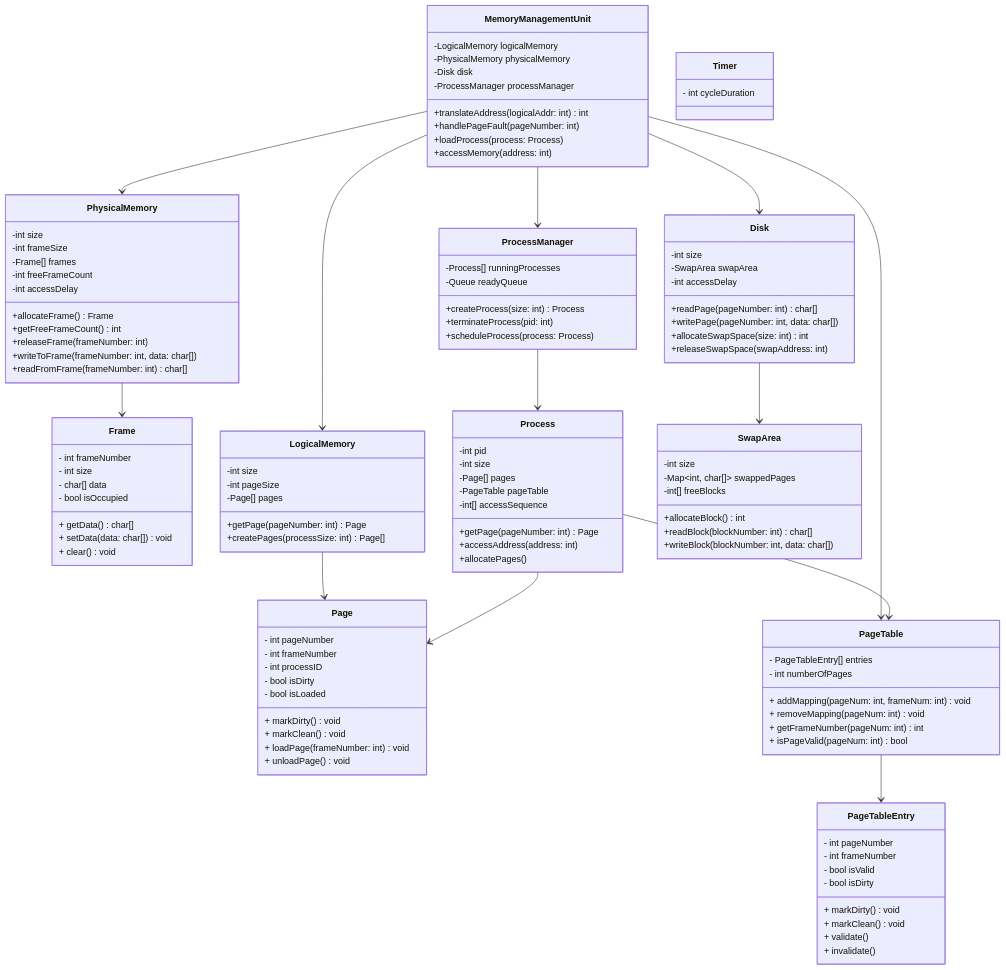
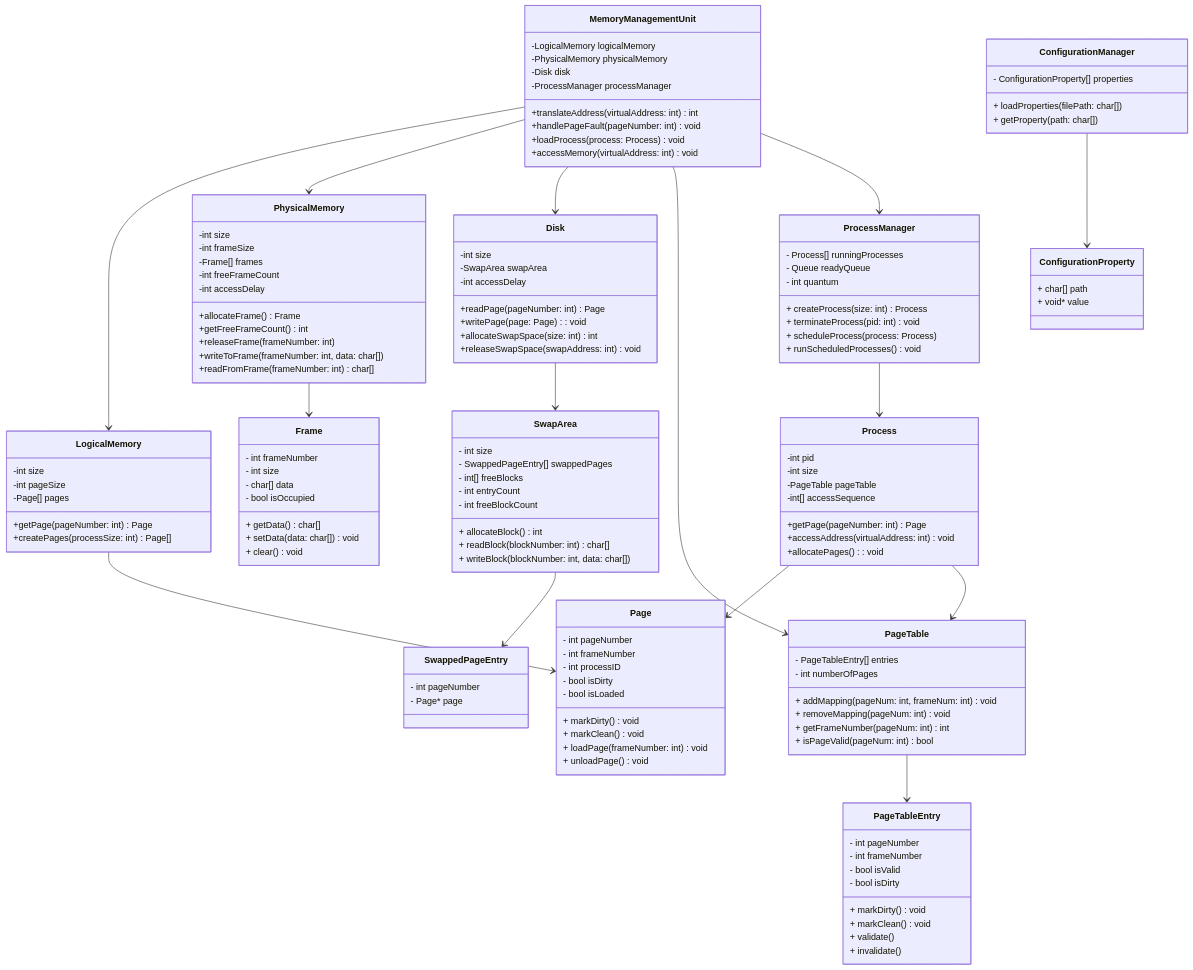
One commit to ImGabreuw/operating-system-paging-simulation changed the diagram in docs/README.md. Above: the diagram before and after it, drawn with Mermaid. The commit also changed other lines of this file, not shown here.

Commit message:
docs: add simulator parameters configuration logic and process and hardware logic

````diff
--- a/docs/README.md
+++ b/docs/README.md
@@ -27,23 +27,23 @@
    }
 
    class PageTable {
-      - PageTableEntry[] entries  
-      - int numberOfPages        
+      - PageTableEntry[] entries
+      - int numberOfPages
       + addMapping(pageNum: int, frameNum: int) void
       + removeMapping(pageNum: int) void
-      + getFrameNumber(pageNum: int) int       
-      + isPageValid(pageNum: int) bool         
+      + getFrameNumber(pageNum: int) int
+      + isPageValid(pageNum: int) bool
    }
 
    class PageTableEntry {
       - int pageNumber
-      - int frameNumber      
-      - bool isValid         
-      - bool isDirty         
+      - int frameNumber
+      - bool isValid
+      - bool isDirty
       + markDirty() void
       + markClean() void
-      + validate()         
-      + invalidate()         
+      + validate()
+      + invalidate()
    }
 
    class MemoryManagementUnit {
@@ -51,10 +51,10 @@
       -PhysicalMemory physicalMemory
       -Disk disk
       -ProcessManager processManager
-      +translateAddress(logicalAddr: int) int
-      +handlePageFault(pageNumber: int)
-      +loadProcess(process: Process)
-      +accessMemory(address: int)
+      +translateAddress(virtualAddress: int) int
+      +handlePageFault(pageNumber: int) void 
+      +loadProcess(process: Process) void
+      +accessMemory(virtualAddress: int) void
    }
 
    class LogicalMemory {
@@ -82,54 +82,77 @@
       -int size
       -SwapArea swapArea
       -int accessDelay
-      +readPage(pageNumber: int) char[]
-      +writePage(pageNumber: int, data: char[])
+      +readPage(pageNumber: int) Page
+      +writePage(page: Page): void
       +allocateSwapSpace(size: int) int
-      +releaseSwapSpace(swapAddress: int)
+      +releaseSwapSpace(swapAddress: int) void
    }
+
+    class SwapArea {
+        - int size
+        - SwappedPageEntry[] swappedPages
+        - int[] freeBlocks
+        - int entryCount
+        - int freeBlockCount
+        + allocateBlock() int
+        + readBlock(blockNumber: int) char[]
+        + writeBlock(blockNumber: int, data: char[])
+    }
+
+    class SwappedPageEntry {
+        - int pageNumber
+        - Page* page
+    }
 
    class Process {
       -int pid
       -int size
-      -Page[] pages
       -PageTable pageTable
       -int[] accessSequence
       +getPage(pageNumber: int) Page
-      +accessAddress(address: int)
-      +allocatePages()
-   }
-
-   class SwapArea {
-      -int size
-      -Map~int, char[]~ swappedPages
-      -int[] freeBlocks
-      +allocateBlock() int
-      +readBlock(blockNumber: int) char[]
-      +writeBlock(blockNumber: int, data: char[])
+      +accessAddress(virtualAddress: int) void
+      +allocatePages(): void
    }
 
    class ProcessManager {
-      -Process[] runningProcesses
-      -Queue readyQueue
-      +createProcess(size: int) Process
-      +terminateProcess(pid: int)
-      +scheduleProcess(process: Process)
-   }
+      - Process[] runningProcesses  
+      - Queue readyQueue            
+      - int quantum                 
+      + createProcess(size: int) Process
+      + terminateProcess(pid: int) void
+      + scheduleProcess(process: Process)
+      + runScheduledProcesses() void
+    }
 
-   class Timer {
-      - int cycleDuration
-   }
+   class ConfigurationProperty {
+        + char[] path
+        + void* value
+    }
+
+    class ConfigurationManager {
+        - ConfigurationProperty[] properties  
+        + loadProperties(filePath: char[])
+        + getProperty(path: char[])
+    }
 
    MemoryManagementUnit --> LogicalMemory
    MemoryManagementUnit --> PhysicalMemory
    MemoryManagementUnit --> Disk
    MemoryManagementUnit --> PageTable
    MemoryManagementUnit --> ProcessManager
-   LogicalMemory --> Page
+
    PhysicalMemory --> Frame
    Disk --> SwapArea
+   SwapArea --> SwappedPageEntry
+   
+   PageTable --> PageTableEntry
+
+   LogicalMemory --> Page
+
    Process --> Page
    Process --> PageTable
-   PageTable --> PageTableEntry
+
    ProcessManager --> Process
+
+   ConfigurationManager --> ConfigurationProperty
 ```
````
